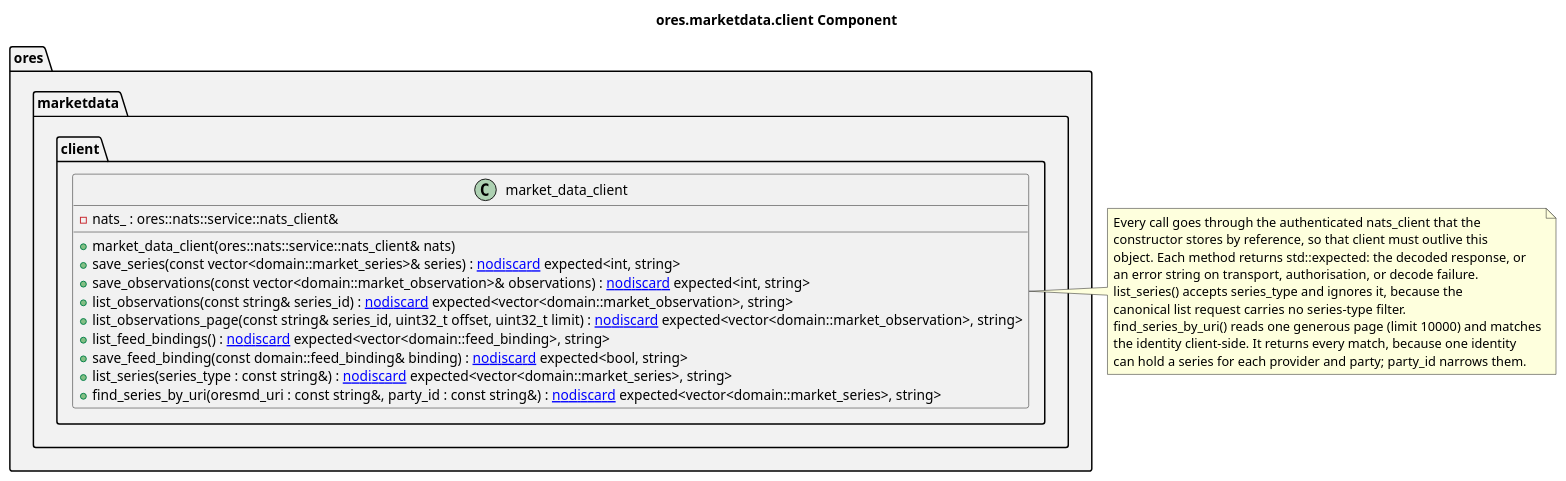
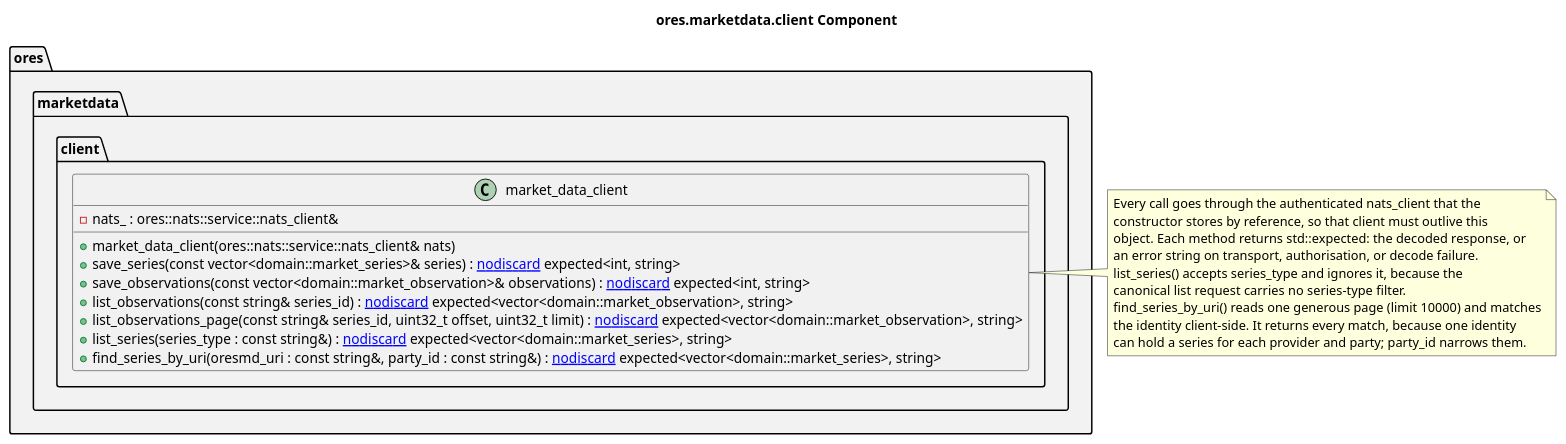
Before and after one commit to OreStudio/OreStudio: the diagram in projects/ores.marketdata/client/modeling/ores.marketdata.client.puml, drawn with PlantUML. The commit also changed 35 other files, not shown here.

```diff
--- a/projects/ores.marketdata/client/modeling/ores.marketdata.client.puml
+++ b/projects/ores.marketdata/client/modeling/ores.marketdata.client.puml
@@ -18,58 +18,56 @@
 @startuml
 
 title ores.marketdata.client Component
 
 set namespaceSeparator ::
 
 namespace ores #F2F2F2 {
     namespace marketdata #F2F2F2 {
         namespace client #F2F2F2 {
             class market_data_client {
                 -nats_ : ores::nats::service::nats_client&
                 +market_data_client(ores::nats::service::nats_client& nats)
                 +save_series(const vector<domain::market_series>& series) : [[nodiscard]] expected<int, string>
                 +save_observations(const vector<domain::market_observation>& observations) : [[nodiscard]] expected<int, string>
                 +list_observations(const string& series_id) : [[nodiscard]] expected<vector<domain::market_observation>, string>
                 +list_observations_page(const string& series_id, uint32_t offset, uint32_t limit) : [[nodiscard]] expected<vector<domain::market_observation>, string>
-                +list_feed_bindings() : [[nodiscard]] expected<vector<domain::feed_binding>, string>
-                +save_feed_binding(const domain::feed_binding& binding) : [[nodiscard]] expected<bool, string>
             }
         }
     }
 }
 
 ' --- manual: everything below this line is hand-authored; the script preserves it ---
 
 ' Relationships the automated pass cannot see.
 '
 ' The generator emits a box per class with its members and no edges, so every
 ' line below is read from the code rather than derived from it. A data member
 ' is ownership (*--); a type that appears only in a signature is a dependency
 ' (..>). Types from another component are left out, per the class-diagram
 ' conventions.
 
 ' No component-local edges: this part names only its own types and types from other components.
 
 ' The parser drops a declaration whose parameter default carries braces. Both
 ' public methods below have one, so the generated box omits them.
 
 class ores::marketdata::client::market_data_client {
     +list_series(series_type : const string&) : [[nodiscard]] expected<vector<domain::market_series>, string>
     +find_series_by_uri(oresmd_uri : const string&, party_id : const string&) : [[nodiscard]] expected<vector<domain::market_series>, string>
 }
 note right of "ores::marketdata::client::market_data_client"
 Every call goes through the authenticated nats_client that the
 constructor stores by reference, so that client must outlive this
 object. Each method returns std::expected: the decoded response, or
 an error string on transport, authorisation, or decode failure.
 list_series() accepts series_type and ignores it, because the
 canonical list request carries no series-type filter.
 find_series_by_uri() reads one generous page (limit 10000) and matches
 the identity client-side. It returns every match, because one identity
 can hold a series for each provider and party; party_id narrows them.
 end note
 
 ' Local Variables:
 ' compile-command: "java -Djava.awt.headless=true -DPLANTUML_SECURITY_PROFILE=UNSECURE -DPLANTUML_LIMIT_SIZE=65535 -jar /usr/share/plantuml/plantuml.jar ores.marketdata.client.puml"
 ' End:
 @enduml
```
